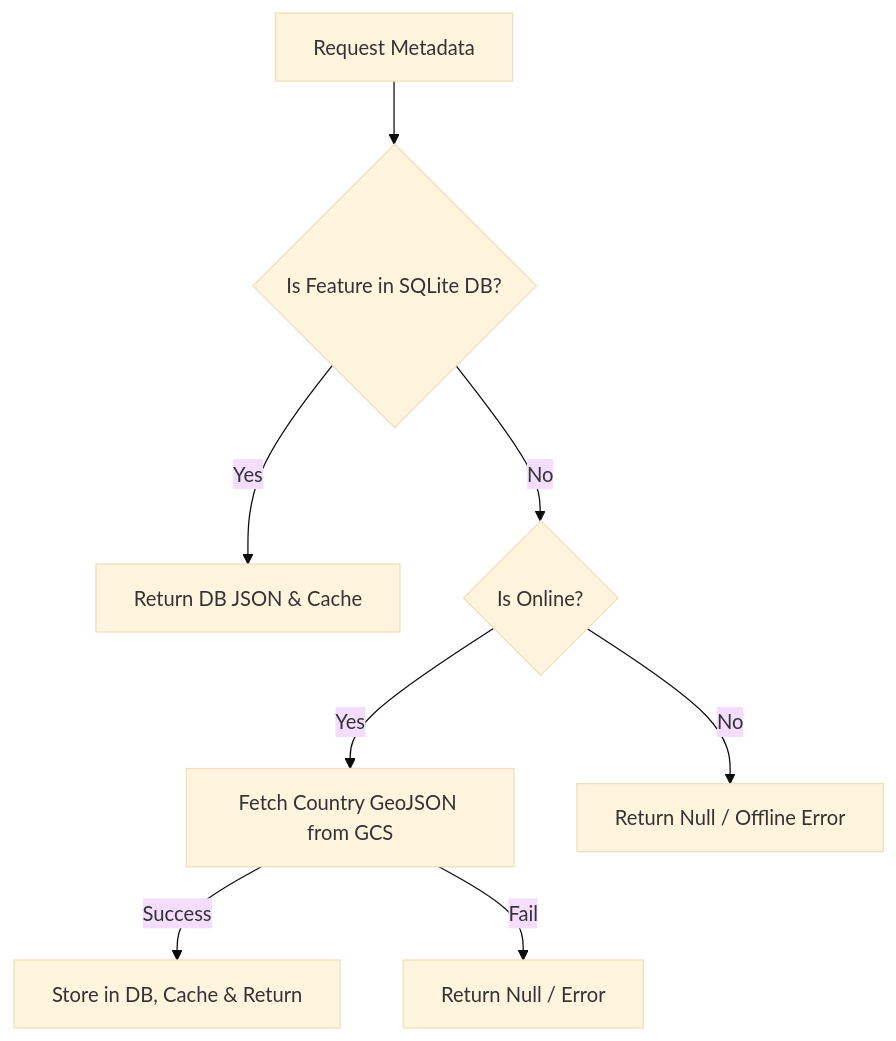
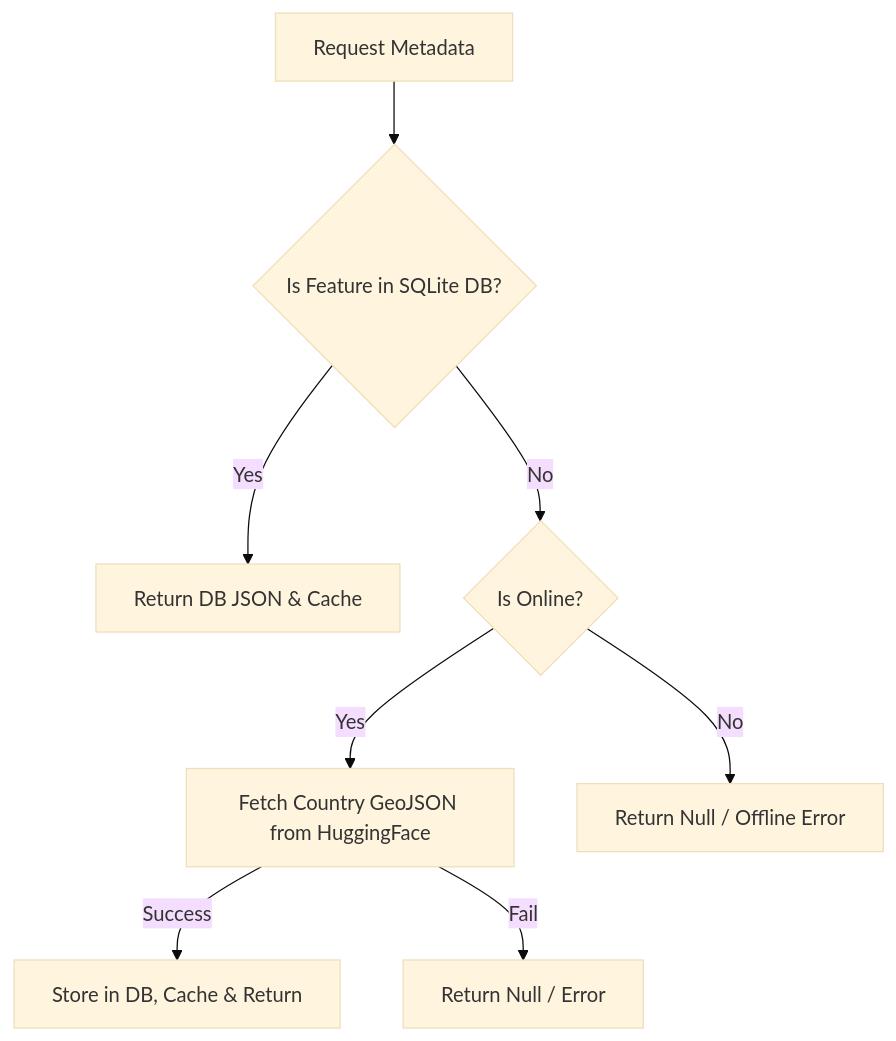
The second of 2 diagrams in documentation/features/aeronautical-metadata.md (jobes/stork), drawn with Mermaid (base theme) before and after one commit. The commit also changed other lines of this file and 4 other files, not shown here.

Commit message:
refactor: update OpenAIP data source from Google Cloud Storage to HuggingFace across documentation and repository

````diff
--- a/documentation/features/aeronautical-metadata.md
+++ b/documentation/features/aeronautical-metadata.md
@@ -88,10 +88,10 @@
 ```mermaid
 graph TD
     A[Request Metadata] --> B{Is Feature in SQLite DB?}
     B -->|Yes| C[Return DB JSON & Cache]
     B -->|No| D{Is Online?}
-    D -->|Yes| E[Fetch Country GeoJSON from GCS]
+    D -->|Yes| E[Fetch Country GeoJSON from HuggingFace]
     E -->|Success| F[Store in DB, Cache & Return]
     E -->|Fail| G[Return Null / Error]
     D -->|No| H[Return Null / Offline Error]
 ```
````
